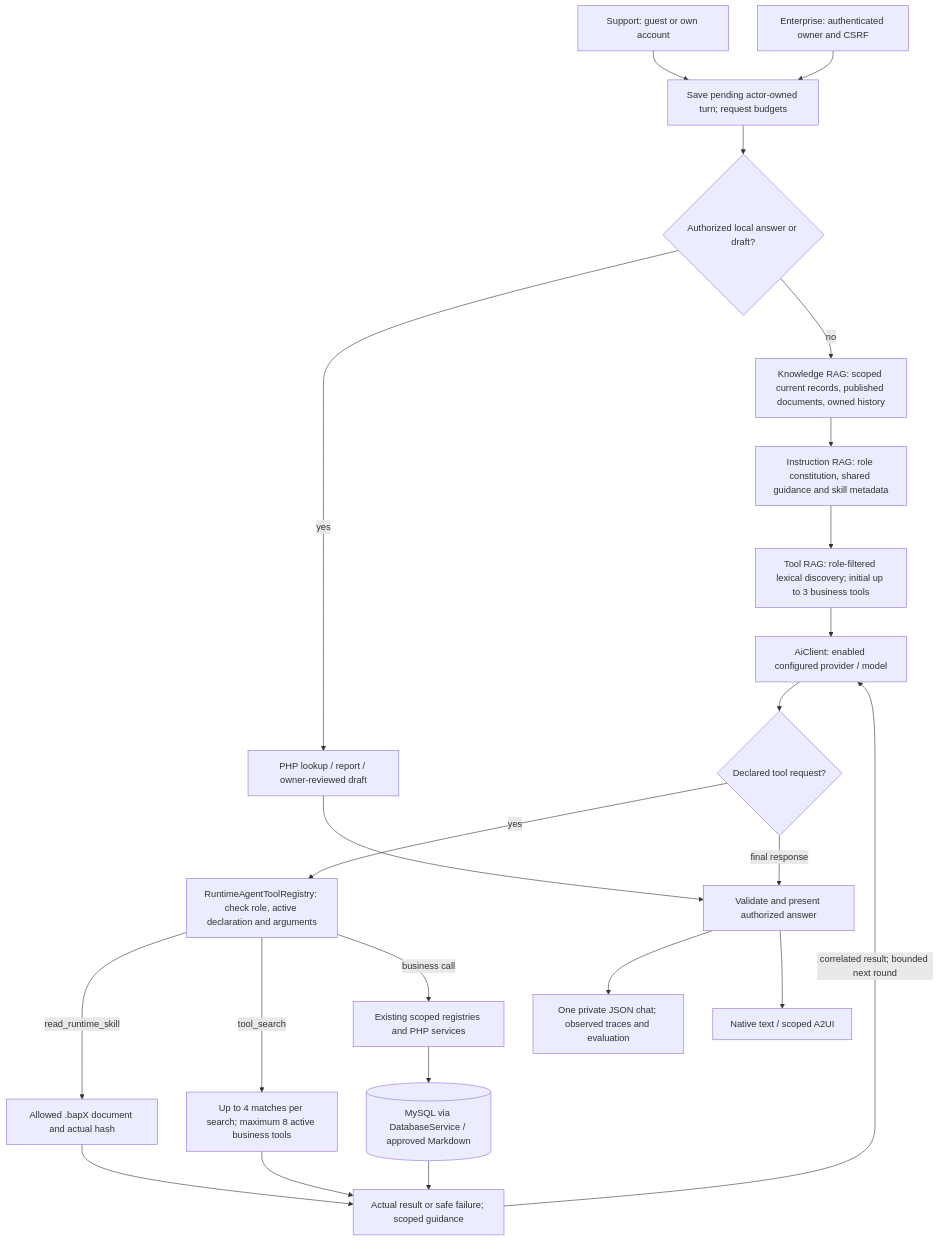
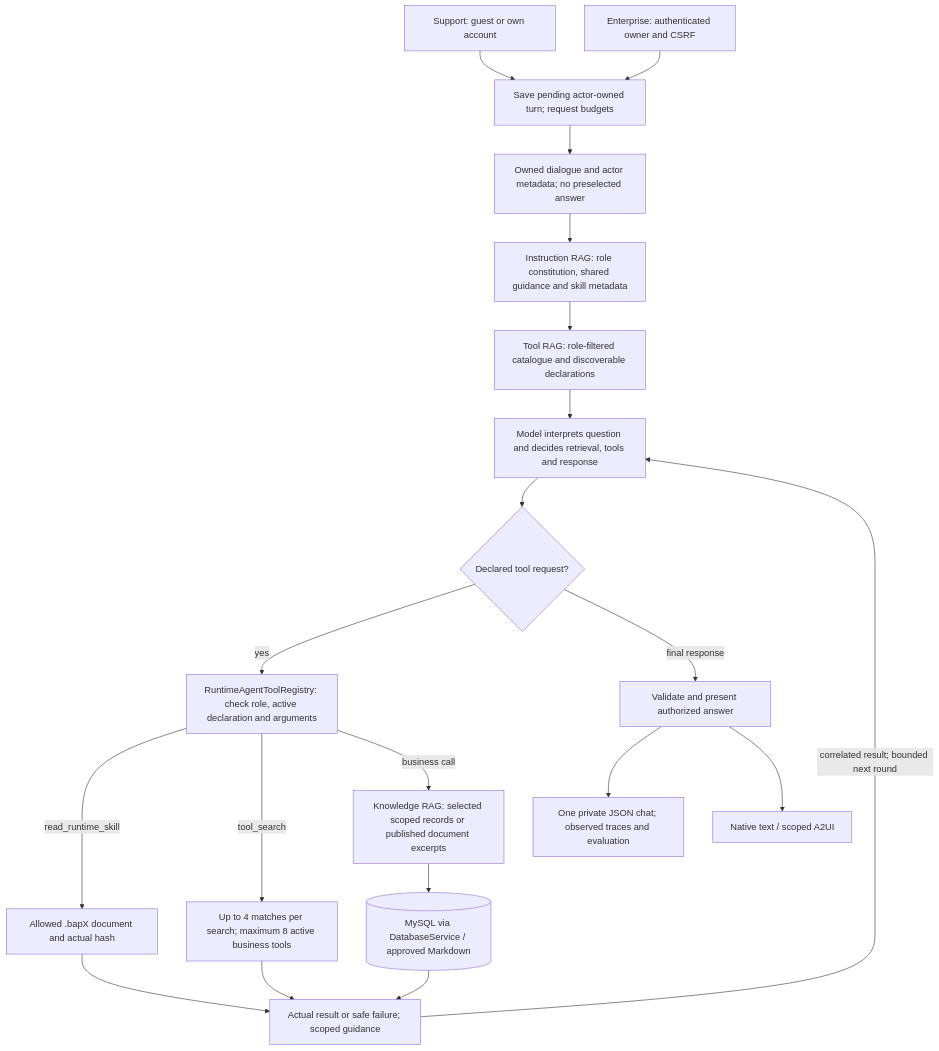
Before and after one commit to bapxmediahub/bapXphpAiBackend: the fifth of 9 diagrams in README.md, drawn with Mermaid. The commit also changed other lines of this file and 33 other files, not shown here.

Commit message:
Restore model-driven Support and Enterprise RAG decisions

````diff
--- a/README.md
+++ b/README.md
@@ -256,25 +257,22 @@
 ```mermaid
 flowchart TB
   S["Support: guest or own account"] --> Scope
   E["Enterprise: authenticated owner and CSRF"] --> Scope
-  Scope["Save pending actor-owned turn; request budgets"] --> Local{"Authorized local answer or draft?"}
-  Local -->|yes| Trusted["PHP lookup / report / owner-reviewed draft"]
-  Local -->|no| K["Knowledge RAG: scoped current records, published documents, owned history"]
+  Scope["Save pending actor-owned turn; request budgets"] --> K["Owned dialogue and actor metadata; no preselected answer"]
   K --> I["Instruction RAG: role constitution, shared guidance and skill metadata"]
-  I --> T["Tool RAG: role-filtered lexical discovery; initial up to 3 business tools"]
-  T --> M["AiClient: enabled configured provider / model"]
+  I --> T["Tool RAG: role-filtered catalogue and discoverable declarations"]
+  T --> M["Model interprets question and decides retrieval, tools and response"]
   M --> Q{"Declared tool request?"}
   Q -->|yes| Gate["RuntimeAgentToolRegistry: check role, active declaration and arguments"]
   Gate -->|read_runtime_skill| Skill["Allowed .bapX document and actual hash"]
   Gate -->|tool_search| Discover["Up to 4 matches per search; maximum 8 active business tools"]
-  Gate -->|business call| Business["Existing scoped registries and PHP services"]
+  Gate -->|business call| Business["Knowledge RAG: selected scoped records or published document excerpts"]
   Business --> Facts[("MySQL via DatabaseService / approved Markdown")]
   Facts --> Result["Actual result or safe failure; scoped guidance"]
   Skill --> Result
   Discover --> Result
   Result -->|correlated result; bounded next round| M
   Q -->|final response| Finish["Validate and present authorized answer"]
-  Trusted --> Finish
   Finish --> Saved["One private JSON chat; observed traces and evaluation"]
   Finish --> UI["Native text / scoped A2UI"]
 ```
````
